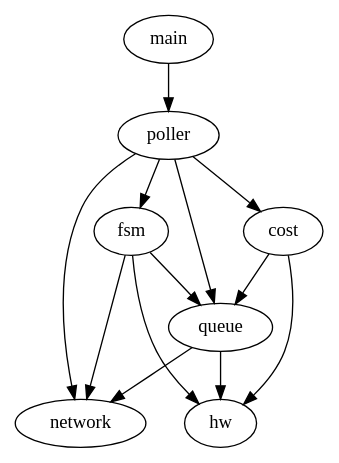
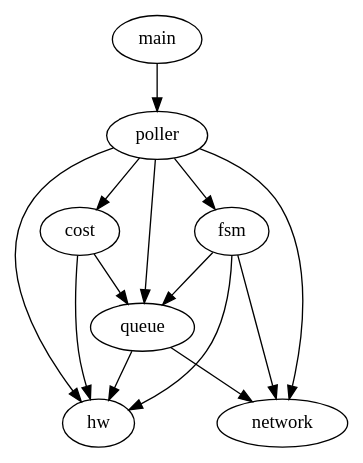
One commit to mmshabab90/TTK4145-Heis changed the diagram in dependancy_diagram.gv. Above: the diagram before and after it, drawn with Graphviz. The commit also changed 5 other files, not shown here.

```diff
--- a/dependancy_diagram.gv
+++ b/dependancy_diagram.gv
@@ -1,14 +1,15 @@
 digraph G {
 	main -> poller;
+	poller -> hw;
 	poller -> fsm;
 	poller -> queue;
 	poller -> network;
 	poller -> cost;
 	fsm -> hw;
 	fsm -> queue;
 	fsm -> network;
 	queue -> hw;
 	queue -> network;
 	cost -> queue;
 	cost -> hw;
 }
```
